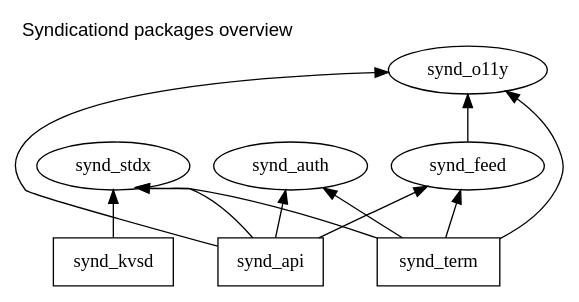
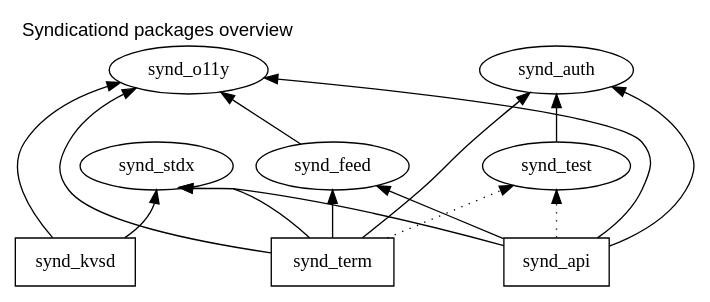
Before and after one commit to ymgyt/syndicationd: the diagram in etc/dot/packages.dot, drawn with Graphviz. The commit also changed 1 other file, not shown here.

```diff
--- a/etc/dot/packages.dot
+++ b/etc/dot/packages.dot
@@ -1,35 +1,41 @@
 digraph {
     graph [
         layout=dot,
         rankdir=BT,
         label="Syndicationd packages overview",
         labelloc="top", // t(top) | b(bottom)
         labeljust="left", // l(left) | c(center) | r(right)
         fontname="Helvetica,Arial,sans-serif"
         compound=true; 
         newrank=true
     ];
 
     stdx [ label="synd_stdx" ]
     o11y [ label="synd_o11y" ]
     auth [ label="synd_auth" ]
     feed [ label="synd_feed" ]
+    test [ label="synd_test" ]
 
     kvsd [ label="synd_kvsd", shape="box" ]
     term [ label="synd_term", shape="box" ]
     api  [ label="synd_api", shape="box" ]
-
-    kvsd -> stdx [ headport="s" ]
 
     feed -> o11y
 
     term -> stdx [ headport="se" ]
     term -> o11y
     term -> auth
     term -> feed
+    term -> test [ style="dotted" ]
 
     api  -> stdx [ headport="se" ]
     api  -> o11y
     api  -> auth
     api  -> feed
+    api  -> test [ style="dotted" ]
+
+    kvsd -> stdx [ headport="s" ]
+    kvsd -> o11y
+
+    test -> auth
 }
```
